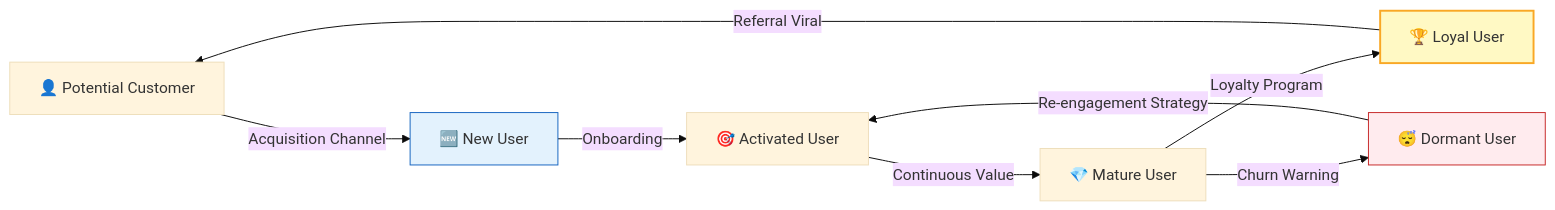
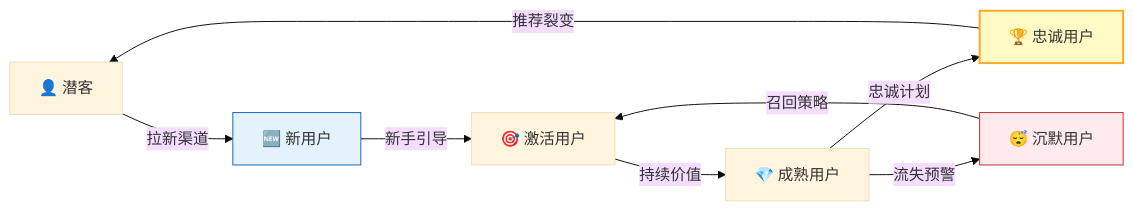
Before and after one commit to Kirky-X/cangjie: the third of 9 diagrams in templates/Product/Operations/Template-Operations-Manual.md, drawn with Mermaid (base theme). The commit also changed other lines of this file and 33 other files, not shown here.

````diff
--- a/templates/Product/Operations/Template-Operations-Manual.md
+++ b/templates/Product/Operations/Template-Operations-Manual.md
@@ -153,14 +153,14 @@
 ```mermaid
 flowchart LR
-    A[👤 Potential Customer] -->|Acquisition Channel| B[🆕 New User]
-    B -->|Onboarding| C[🎯 Activated User]
-    C -->|Continuous Value| D[💎 Mature User]
-    D -->|Loyalty Program| E[🏆 Loyal User]
-    D -->|Churn Warning| F[😴 Dormant User]
-    F -->|Re-engagement Strategy| C
-    E -->|Referral Viral| A
+    A[👤 潜客] -->|拉新渠道| B[🆕 新用户]
+    B -->|新手引导| C[🎯 激活用户]
+    C -->|持续价值| D[💎 成熟用户]
+    D -->|忠诚计划| E[🏆 忠诚用户]
+    D -->|流失预警| F[😴 沉默用户]
+    F -->|召回策略| C
+    E -->|推荐裂变| A
 
     style B fill:#e3f2fd,stroke:#1565c0
     style E fill:#fff9c4,stroke:#f9a825,stroke-width:2px
     style F fill:#ffebee,stroke:#c62828
 ```
````
